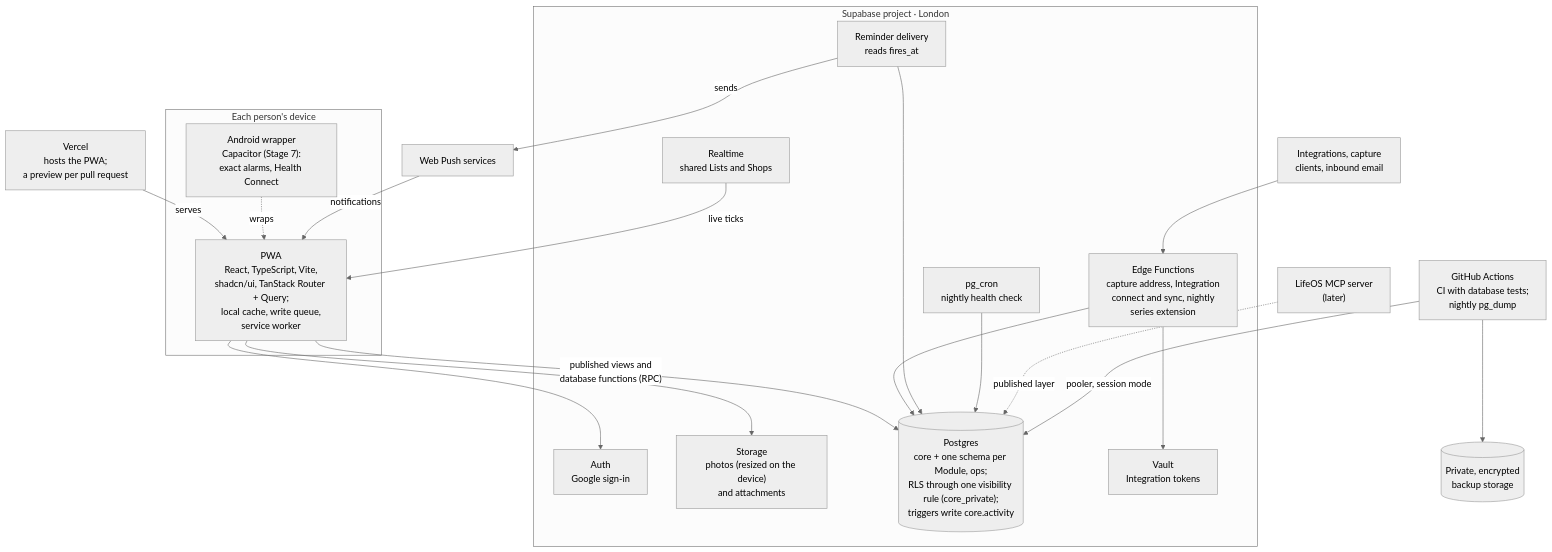
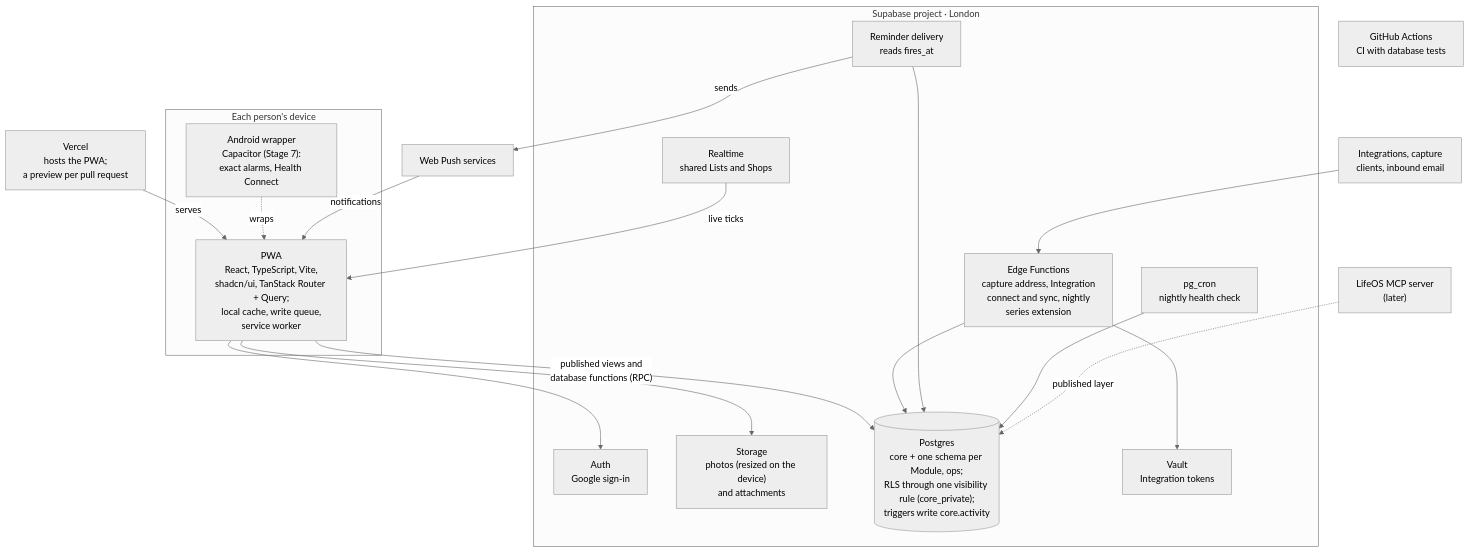
One commit to joestables/lifeos changed the second of 2 diagrams in docs/20-architecture/overview.md. Above: the diagram before and after it, drawn with Mermaid (neutral theme). The commit also changed other lines of this file and 9 other files, not shown here.

First line of the commit message:
Drop the nightly backup and notifications (Joe's decision)

````diff
--- a/docs/20-architecture/overview.md
+++ b/docs/20-architecture/overview.md
@@ -42,43 +42,40 @@
 ```mermaid
 flowchart TB
   vercel["Vercel<br/>hosts the PWA;<br/>a preview per pull request"]
   pushsvc["Web Push services"]
 
   subgraph device["Each person's device"]
     pwa["PWA<br/>React, TypeScript, Vite,<br/>shadcn/ui, TanStack Router + Query;<br/>local cache, write queue,<br/>service worker"]
     android["Android wrapper<br/>Capacitor (Stage 7):<br/>exact alarms, Health Connect"]
   end
 
   subgraph supabase["Supabase project · London"]
     auth["Auth<br/>Google sign-in"]
     storage["Storage<br/>photos (resized on the device)<br/>and attachments"]
     realtime["Realtime<br/>shared Lists and Shops"]
     db[("Postgres<br/>core + one schema per Module, ops;<br/>RLS through one visibility rule (core_private);<br/>triggers write core.activity")]
     edge["Edge Functions<br/>capture address, Integration<br/>connect and sync, nightly<br/>series extension"]
     reminders["Reminder delivery<br/>reads fires_at"]
     cron["pg_cron<br/>nightly health check"]
     vault["Vault<br/>Integration tokens"]
   end
 
   outside["Integrations, capture<br/>clients, inbound email"]
   mcp["LifeOS MCP server<br/>(later)"]
-  gha["GitHub Actions<br/>CI with database tests;<br/>nightly pg_dump"]
-  backup[("Private, encrypted<br/>backup storage")]
+  gha["GitHub Actions<br/>CI with database tests"]
 
   vercel -- "serves" --> pwa
   android -. "wraps" .-> pwa
   pushsvc -- "notifications" --> pwa
   pwa --> auth
   pwa --> storage
   realtime -- "live ticks" --> pwa
   pwa -- "published views and<br/>database functions (RPC)" --> db
   edge --> db
   edge --> vault
   reminders --> db
   reminders -- "sends" --> pushsvc
   cron --> db
   outside --> edge
   mcp -. "published layer" .-> db
-  gha -- "pooler, session mode" --> db
-  gha --> backup
 ```
````
